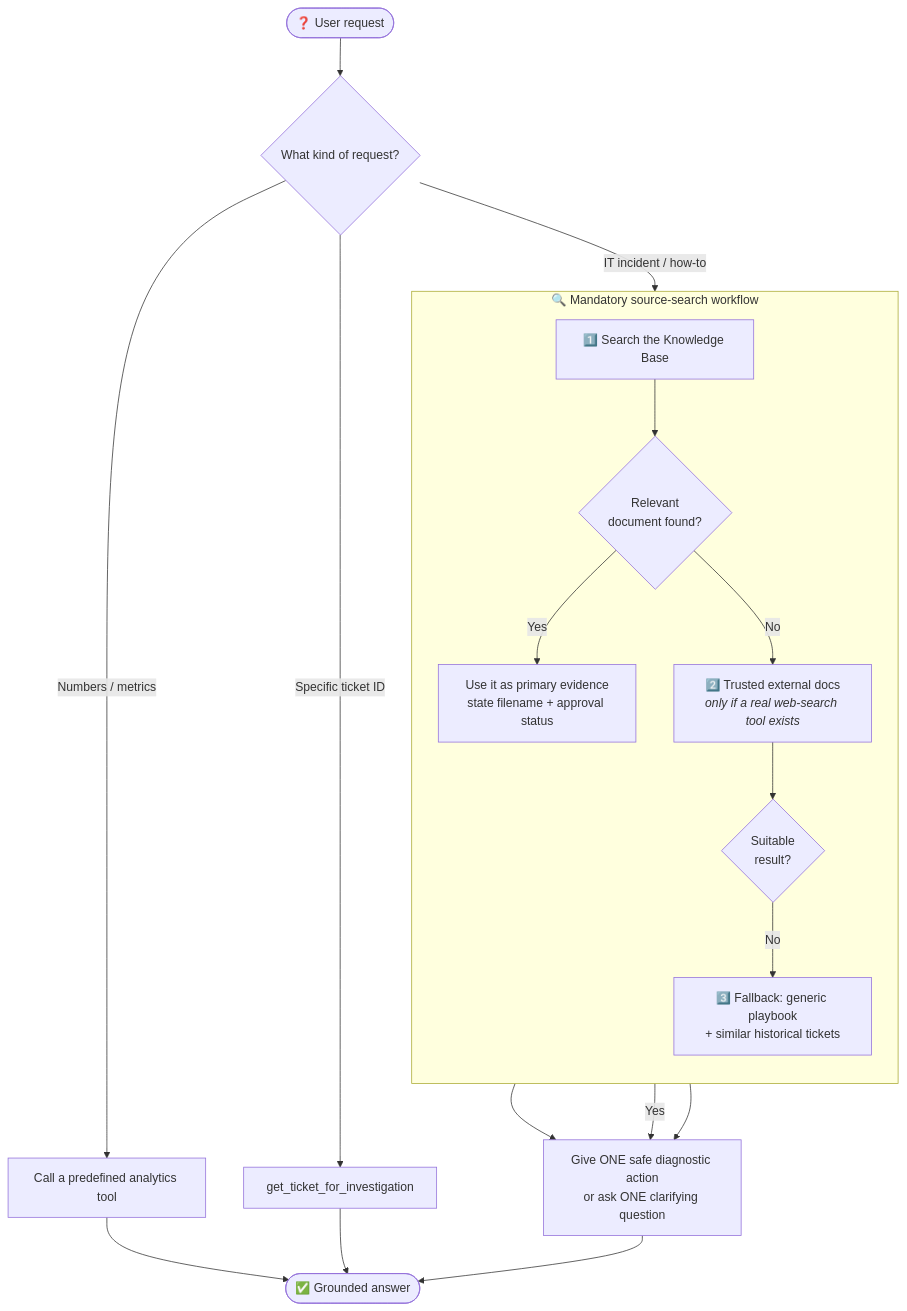
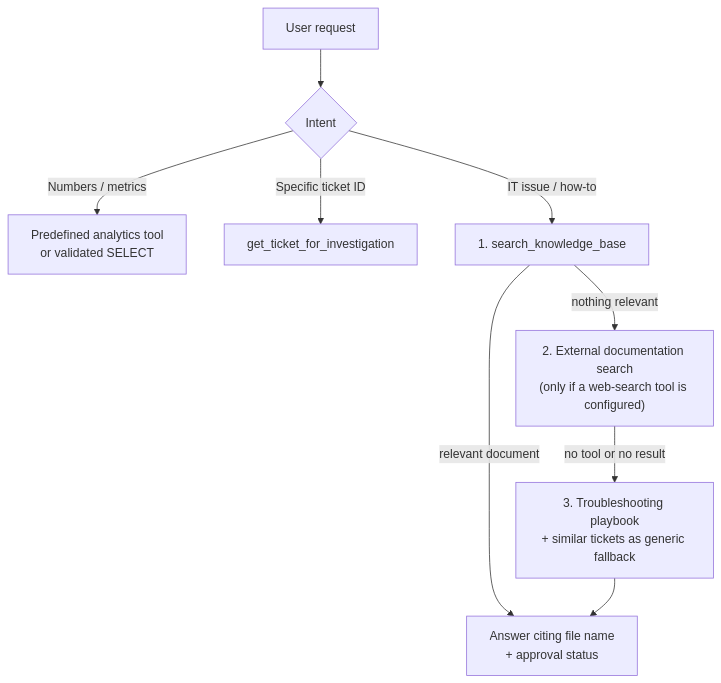
One commit to mariam2004/ai-it-operations-assistant changed the second of 2 diagrams in README.md. Above: the diagram before and after it, drawn with Mermaid. The commit also changed other lines of this file, not shown here.

````diff
--- a/README.md
+++ b/README.md
@@ -68,24 +69,11 @@
 ```mermaid
 flowchart TD
-    Q([❓ User request]) --> R{What kind of request?}
-    R -->|Numbers / metrics| M[Call a predefined analytics tool]
-    R -->|Specific ticket ID| T[get_ticket_for_investigation]
-    R -->|IT incident / how-to| S1
-
-    M --> ANS
-    T --> ANS
-
-    subgraph W[🔍 Mandatory source-search workflow]
-        direction TB
-        S1[1️⃣ Search the Knowledge Base] --> K{Relevant<br/>document found?}
-        K -->|Yes| USE[Use it as primary evidence<br/>state filename + approval status]
-        K -->|No| S2[2️⃣ Trusted external docs<br/><i>only if a real web-search tool exists</i>]
-        S2 --> E{Suitable<br/>result?}
-        E -->|No| S3[3️⃣ Fallback: generic playbook<br/>+ similar historical tickets]
-    end
-
-    USE --> STEP
-    E -->|Yes| STEP
-    S3 --> STEP[Give ONE safe diagnostic action<br/>or ask ONE clarifying question]
-    STEP --> ANS([✅ Grounded answer])
+    Q["User request"] --> R{"Intent"}
+    R -->|"Numbers / metrics"| A["Predefined analytics tool<br/>or validated SELECT"]
+    R -->|"Specific ticket ID"| T["get_ticket_for_investigation"]
+    R -->|"IT issue / how-to"| S1["1. search_knowledge_base"]
+    S1 -->|"relevant document"| ANS["Answer citing file name<br/>+ approval status"]
+    S1 -->|"nothing relevant"| S2["2. External documentation search<br/>(only if a web-search tool is configured)"]
+    S2 -->|"no tool or no result"| S3["3. Troubleshooting playbook<br/>+ similar tickets as generic fallback"]
+    S3 --> ANS
 ```
````
